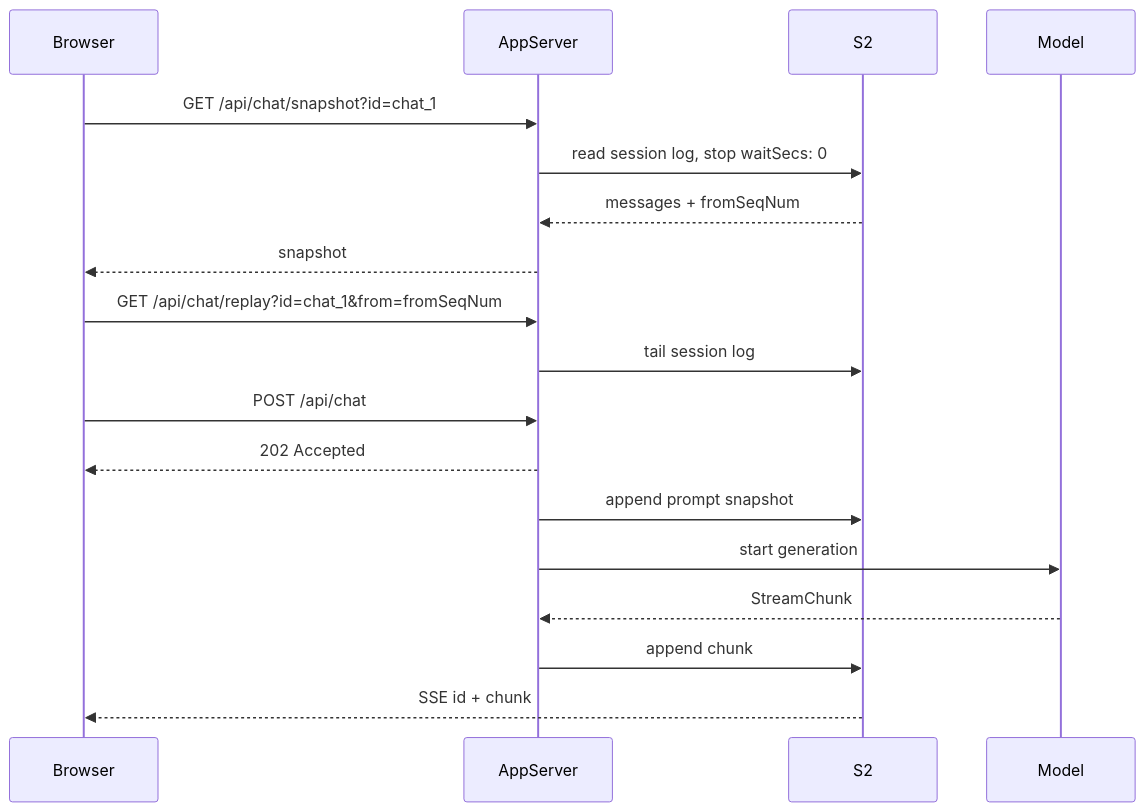
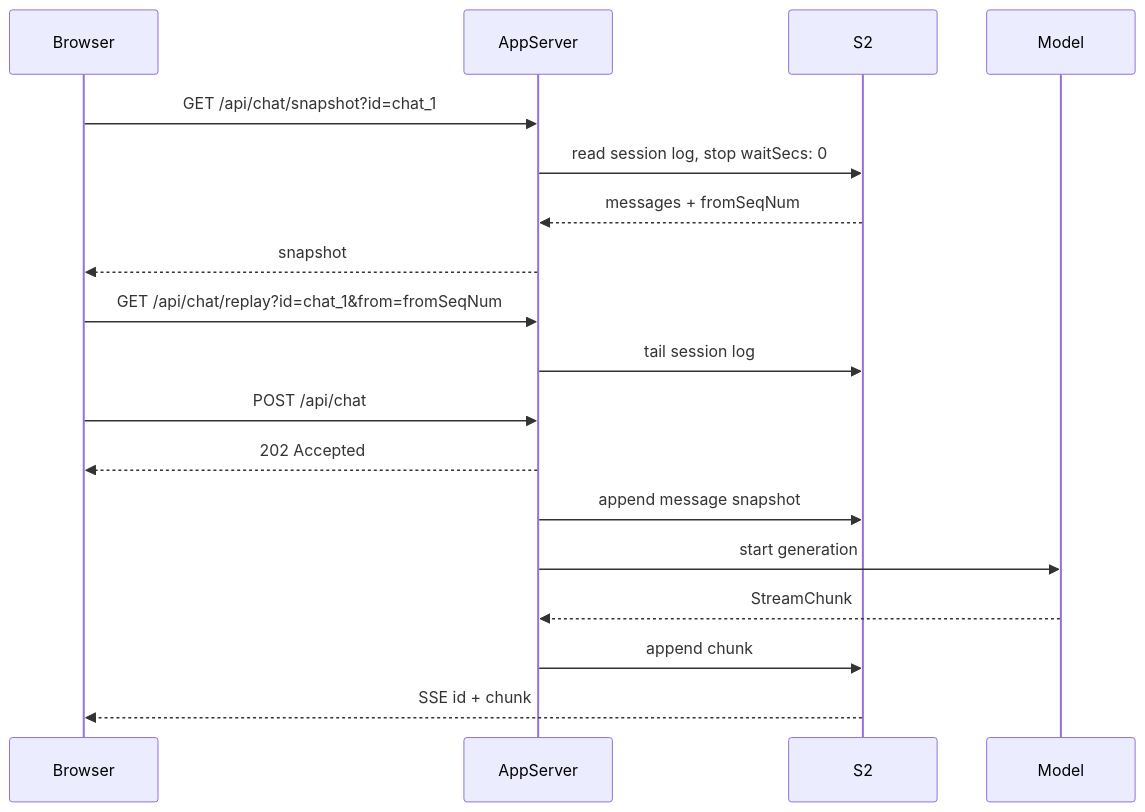
Before and after one commit to s2-streamstore/s2-sdk-typescript: the diagram in examples/tanstack-ai-chat/README.md, drawn with Mermaid. The commit also changed other lines of this file and 14 other files, not shown here.

````diff
--- a/examples/tanstack-ai-chat/README.md
+++ b/examples/tanstack-ai-chat/README.md
@@ -30,23 +41,23 @@
 ```mermaid
 sequenceDiagram
   participant Browser
   participant AppServer
   participant S2
   participant Model
 
   Browser->>AppServer: GET /api/chat/snapshot?id=chat_1
   AppServer->>S2: read session log, stop waitSecs: 0
   S2-->>AppServer: messages + fromSeqNum
   AppServer-->>Browser: snapshot
 
   Browser->>AppServer: GET /api/chat/replay?id=chat_1&from=fromSeqNum
   AppServer->>S2: tail session log
 
   Browser->>AppServer: POST /api/chat
   AppServer-->>Browser: 202 Accepted
-  AppServer->>S2: append prompt snapshot
+  AppServer->>S2: append message snapshot
   AppServer->>Model: start generation
   Model-->>AppServer: StreamChunk
   AppServer->>S2: append chunk
   S2-->>Browser: SSE id + chunk
 ```
````
